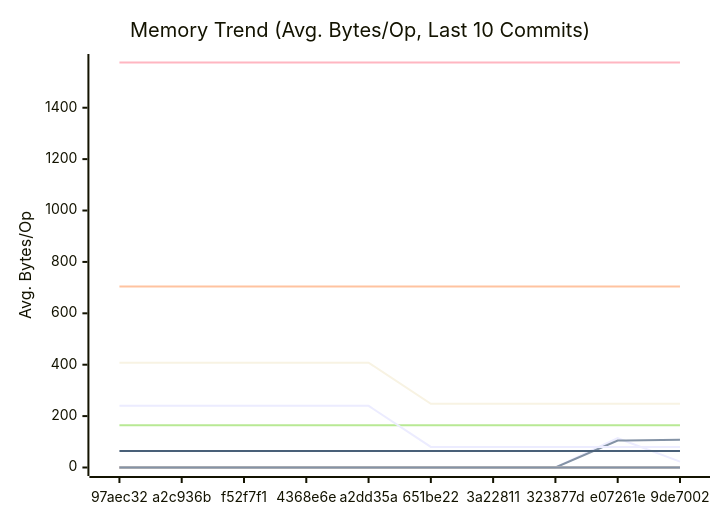
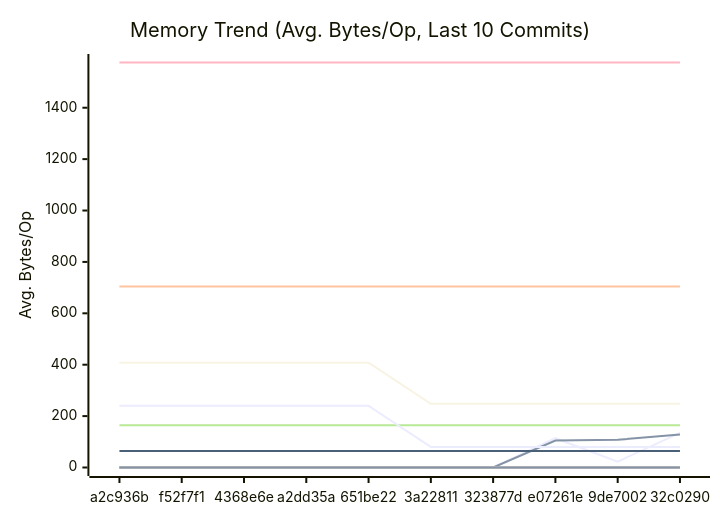
Before and after one commit to alsotoes/momo: the second of 3 diagrams in docs/PERFORMANCE.md, drawn with Mermaid. The commit also changed other lines of this file and 10 other files, not shown here.

````diff
--- a/docs/PERFORMANCE.md
+++ b/docs/PERFORMANCE.md
@@ -171,20 +171,20 @@
 ```mermaid
 xychart-beta
     title "Memory Trend (Avg. Bytes/Op, Last 10 Commits)"
     x-axis "Commit"
     y-axis "Avg. Bytes/Op"
-    x-axis [97aec32,a2c936b,f52f7f1,4368e6e,a2dd35a,651be22,3a22811,323877d,e07261e,9de7002]
-    line "AWSChunkedReaderSigned" [0,0,0,0,0,0,0,0,114,23]
-    line "AWSChunkedReaderUnsigned" [0,0,0,0,0,0,0,0,105,108]
+    x-axis [a2c936b,f52f7f1,4368e6e,a2dd35a,651be22,3a22811,323877d,e07261e,9de7002,32c0290]
+    line "AWSChunkedReaderSigned" [0,0,0,0,0,0,0,114,23,135]
+    line "AWSChunkedReaderUnsigned" [0,0,0,0,0,0,0,105,108,128]
     line "CheckMetricsAndSwap" [0,0,0,0,0,0,0,0,0,0]
     line "CrushOptimized" [0,0,0,0,0,0,0,0,0,0]
     line "CrushOriginal" [164,164,164,164,164,164,164,164,164,164]
     line "IndexDirectTracking" [0,0,0,0,0,0,0,0,0,0]
     line "IndexSearch" [0,0,0,0,0,0,0,0,0,0]
     line "LoadGlobalConfig" [1576,1576,1576,1576,1576,1576,1576,1576,1576,1576]
     line "PadString" [64,64,64,64,64,64,64,64,64,64]
     line "ParseReplicationOrder_NoPrealloc" [408,408,408,408,408,248,248,248,248,248]
     line "ParseReplicationOrder_Prealloc" [240,240,240,240,240,80,80,80,80,80]
     line "SanitizeLog/Safe" [0,0,0,0,0,0,0,0,0,0]
     line "SanitizeLog/Unsafe" [704,704,704,704,704,704,704,704,704,704]
 ```
````
